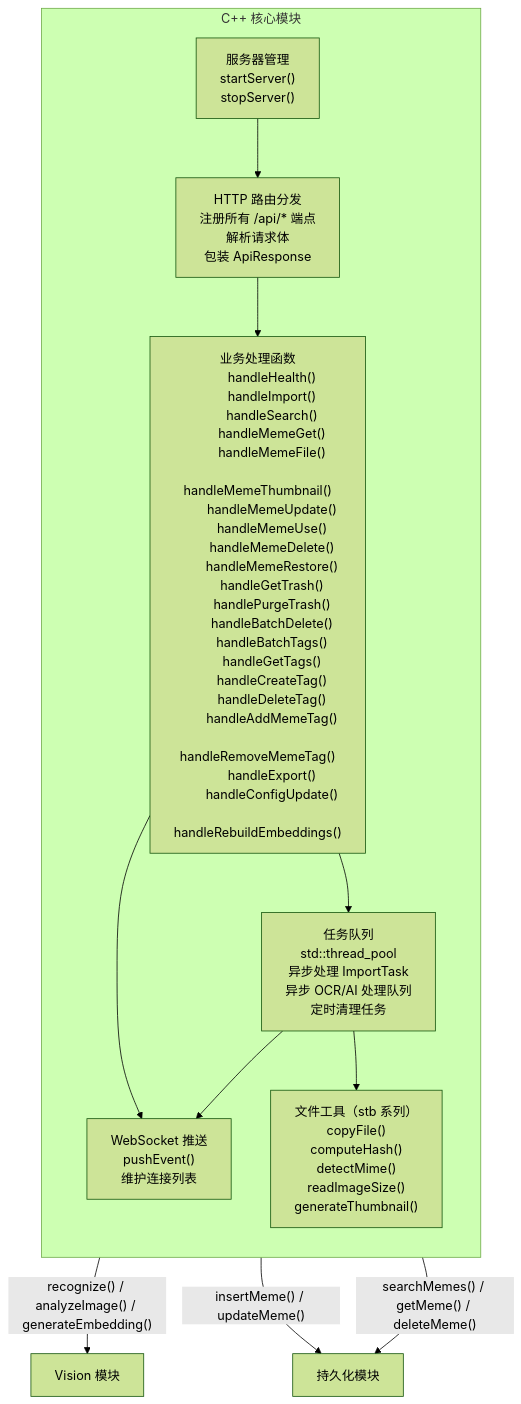
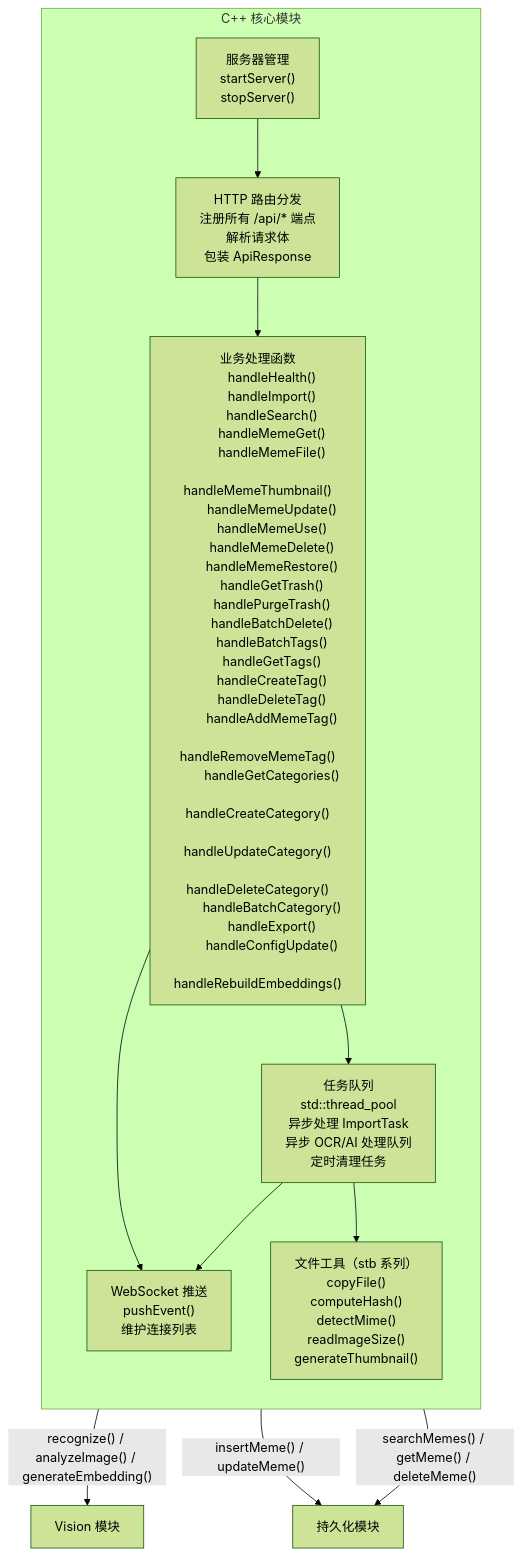
Before and after one commit to MintITes/QuickMemes: the first of 2 diagrams in docs/arch/cpp_core.md, drawn with Mermaid (forest theme). The commit also changed 10 other files, not shown here.

````diff
--- a/docs/arch/cpp_core.md
+++ b/docs/arch/cpp_core.md
@@ -39,70 +39,75 @@
 ```mermaid
 graph TD
     subgraph CORE ["C++ 核心模块"]
         direction TB
 
         SERVER["服务器管理
         startServer()
         stopServer()"]
 
         ROUTER["HTTP 路由分发
         注册所有 /api/* 端点
         解析请求体
         包装 ApiResponse"]
 
         HANDLERS["业务处理函数
         handleHealth()
         handleImport()
         handleSearch()
         handleMemeGet()
         handleMemeFile()
         handleMemeThumbnail()
         handleMemeUpdate()
         handleMemeUse()
         handleMemeDelete()
         handleMemeRestore()
         handleGetTrash()
         handlePurgeTrash()
         handleBatchDelete()
         handleBatchTags()
         handleGetTags()
         handleCreateTag()
         handleDeleteTag()
         handleAddMemeTag()
         handleRemoveMemeTag()
+        handleGetCategories()
+        handleCreateCategory()
+        handleUpdateCategory()
+        handleDeleteCategory()
+        handleBatchCategory()
         handleExport()
         handleConfigUpdate()
         handleRebuildEmbeddings()"]
 
         TASK_QUEUE["任务队列
         std::thread_pool
         异步处理 ImportTask
         异步 OCR/AI 处理队列
         定时清理任务"]
 
         WS_PUSHER["WebSocket 推送
         pushEvent()
         维护连接列表"]
 
         FILE_UTILS["文件工具（stb 系列）
         copyFile()
         computeHash()
         detectMime()
         readImageSize()
         generateThumbnail()"]
 
         SERVER --> ROUTER
         ROUTER --> HANDLERS
         HANDLERS --> TASK_QUEUE
         HANDLERS --> WS_PUSHER
         TASK_QUEUE --> WS_PUSHER
         TASK_QUEUE --> FILE_UTILS
     end
 
     VISION["Vision 模块"]
     DB["持久化模块"]
 
     TASK_QUEUE -->|"recognize() / analyzeImage() / generateEmbedding()"| VISION
     TASK_QUEUE -->|"insertMeme() / updateMeme()"| DB
     HANDLERS -->|"searchMemes() / getMeme() / deleteMeme()"| DB
 ```
````
